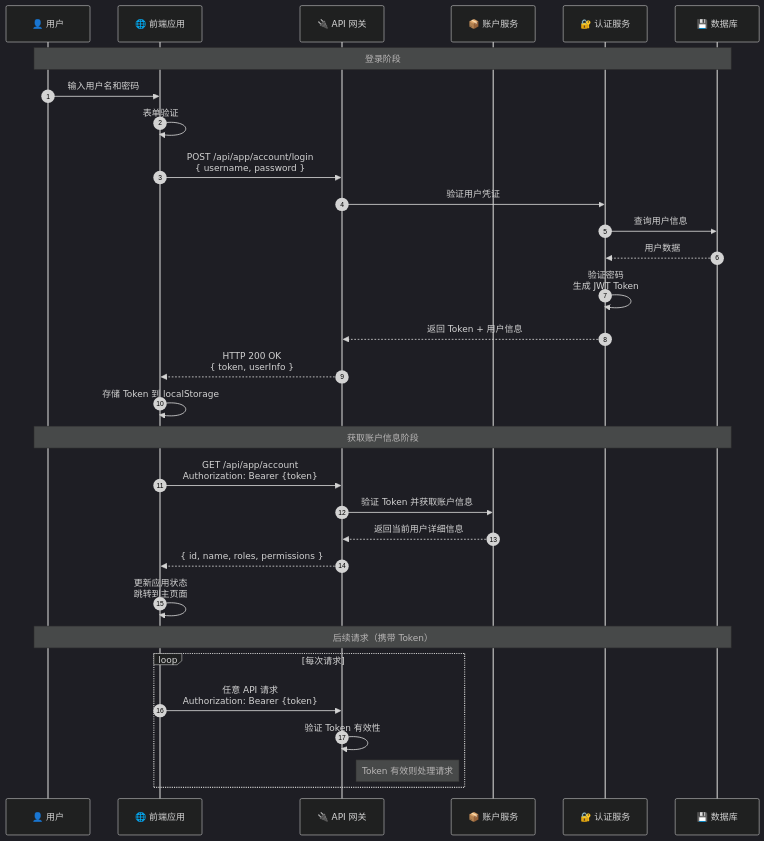
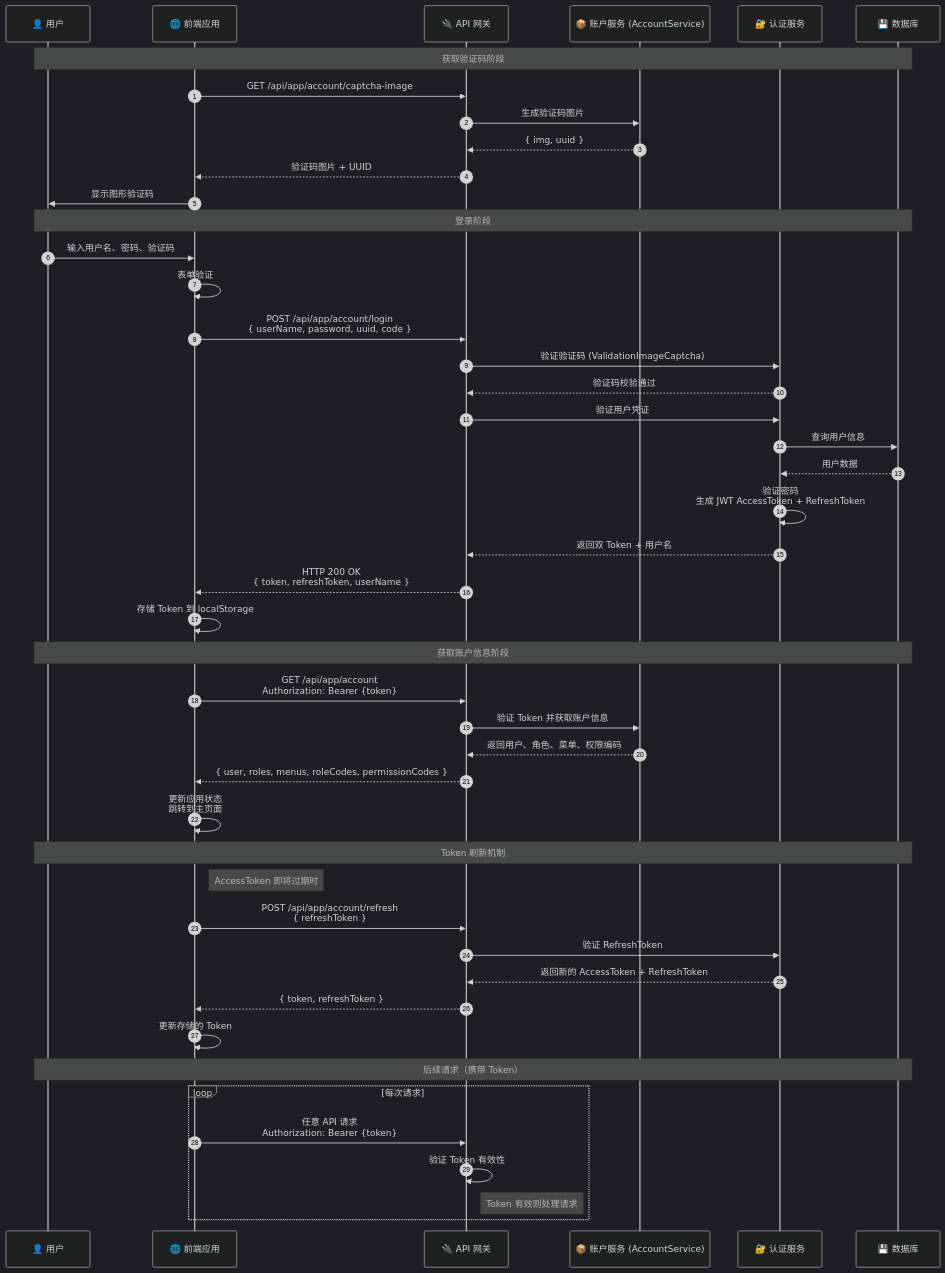
The diagram in voiceprint_backend_docs/Diagrams/01-用户登录认证流程.md (Zhoutenong/Obsidian_Voiceprint), drawn with Mermaid (dark theme) before and after one commit. The commit also changed other lines of this file and 5 other files, not shown here.

First line of the commit message:
docs: 更新流程图文档

````diff
--- a/voiceprint_backend_docs/Diagrams/01-用户登录认证流程.md
+++ b/voiceprint_backend_docs/Diagrams/01-用户登录认证流程.md
@@ -9,36 +9,53 @@
 ```mermaid
 sequenceDiagram
     autonumber
     participant User as 👤 用户
     participant Frontend as 🌐 前端应用
     participant API as 🔌 API 网关
-    participant AccountService as 📦 账户服务
+    participant AccountService as 📦 账户服务 (AccountService)
     participant AuthService as 🔐 认证服务
     participant Database as 💾 数据库
 
+    Note over User,Database: 获取验证码阶段
+    Frontend->>API: GET /api/app/account/captcha-image
+    API->>AccountService: 生成验证码图片
+    AccountService-->>API: { img, uuid }
+    API-->>Frontend: 验证码图片 + UUID
+    Frontend->>User: 显示图形验证码
+
     Note over User,Database: 登录阶段
-    User->>Frontend: 输入用户名和密码
+    User->>Frontend: 输入用户名、密码、验证码
     Frontend->>Frontend: 表单验证
-    Frontend->>API: POST /api/app/account/login<br/>{ username, password }
+    Frontend->>API: POST /api/app/account/login<br/>{ userName, password, uuid, code }
+    API->>AuthService: 验证验证码 (ValidationImageCaptcha)
+    AuthService-->>API: 验证码校验通过
     API->>AuthService: 验证用户凭证
     AuthService->>Database: 查询用户信息
     Database-->>AuthService: 用户数据
-    AuthService->>AuthService: 验证密码<br/>生成 JWT Token
-    AuthService-->>API: 返回 Token + 用户信息
-    API-->>Frontend: HTTP 200 OK<br/>{ token, userInfo }
+    AuthService->>AuthService: 验证密码<br/>生成 JWT AccessToken + RefreshToken
+    AuthService-->>API: 返回双 Token + 用户名
+    API-->>Frontend: HTTP 200 OK<br/>{ token, refreshToken, userName }
     Frontend->>Frontend: 存储 Token 到 localStorage
 
     Note over User,Database: 获取账户信息阶段
     Frontend->>API: GET /api/app/account<br/>Authorization: Bearer {token}
     API->>AccountService: 验证 Token 并获取账户信息
-    AccountService-->>API: 返回当前用户详细信息
-    API-->>Frontend: { id, name, roles, permissions }
+    AccountService-->>API: 返回用户、角色、菜单、权限编码
+    API-->>Frontend: { user, roles, menus, roleCodes, permissionCodes }
     Frontend->>Frontend: 更新应用状态<br/>跳转到主页面
+
+    Note over User,Database: Token 刷新机制
+    Note right of Frontend: AccessToken 即将过期时
+    Frontend->>API: POST /api/app/account/refresh<br/>{ refreshToken }
+    API->>AuthService: 验证 RefreshToken
+    AuthService-->>API: 返回新的 AccessToken + RefreshToken
+    API-->>Frontend: { token, refreshToken }
+    Frontend->>Frontend: 更新存储的 Token
 
     Note over User,Database: 后续请求（携带 Token）
     loop 每次请求
         Frontend->>API: 任意 API 请求<br/>Authorization: Bearer {token}
         API->>API: 验证 Token 有效性
         Note right of API: Token 有效则处理请求
     end
 ```
````
